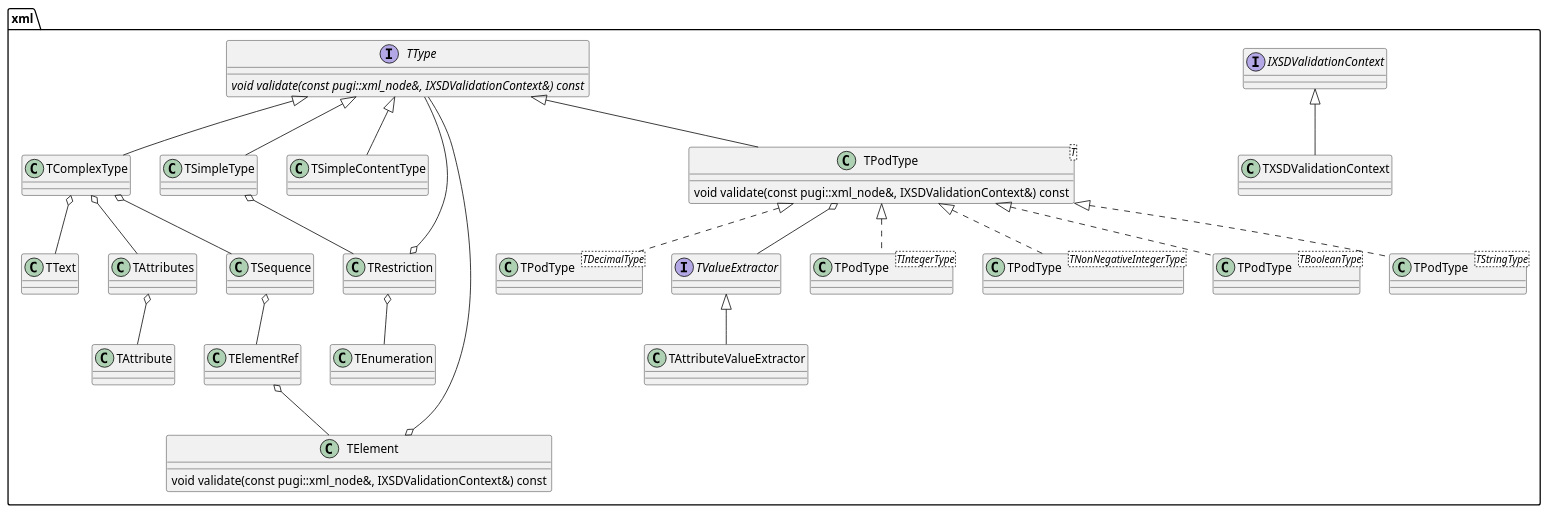
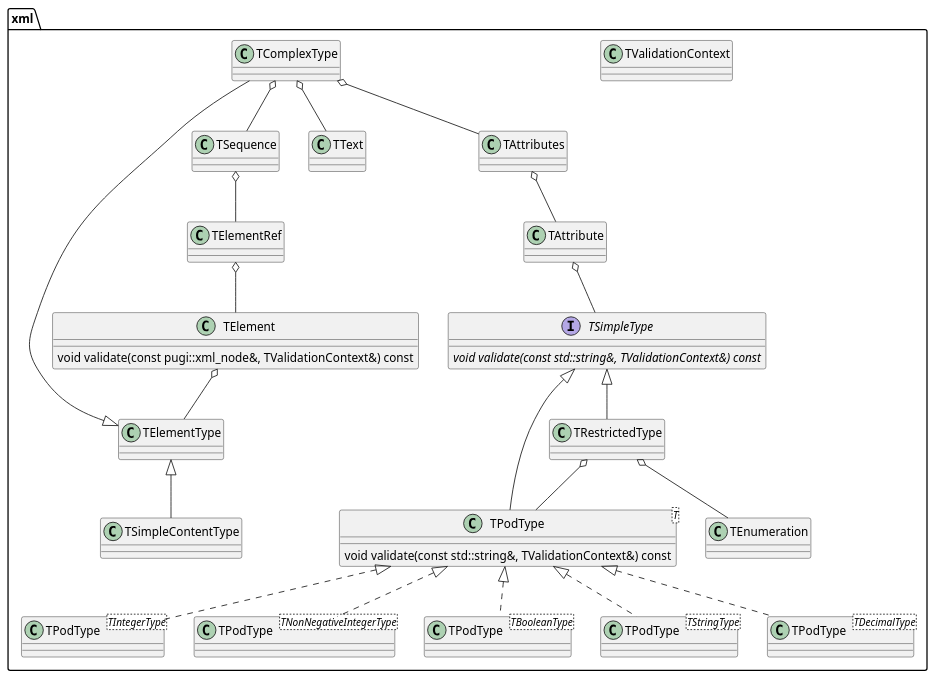
The diagram in design/validator.puml (BearinxSimulationSuite/REXSapi), drawn with PlantUML before and after one commit. The commit also changed 2 other files, not shown here.

```diff
--- a/design/validator.puml
+++ b/design/validator.puml
@@ -1,82 +1,72 @@
 @startuml Schema Validator
 
 namespace xml {
 
-interface IXSDValidationContext
+class TValidationContext
 
-class TXSDValidationContext
 
-IXSDValidationContext <|-- TXSDValidationContext
-
-interface TType {
-  {abstract} void validate(const pugi::xml_node&, IXSDValidationContext&) const
+interface TSimpleType {
+  {abstract} void validate(const std::string&, TValidationContext&) const
 }
 
+
 class TPodType<T> {
-  void validate(const pugi::xml_node&, IXSDValidationContext&) const
+  void validate(const std::string&, TValidationContext&) const
 }
-
-interface TValueExtractor
-
-TPodType o-- TValueExtractor
-
-class TAttributeValueExtractor
-
-TValueExtractor <|-- TAttributeValueExtractor
 
 class "TPodType<TIntegerType>" as ATIntegerType
 class "TPodType<TNonNegativeIntegerType>" as ATNonNegativeIntegerType
 class "TPodType<TBooleanType>" as ATBooleanType
 class "TPodType<TStringType>" as ATStringType
 class "TPodType<TDecimalType>" as ATDecimalType
 
+TSimpleType <|-- TPodType
 TPodType <|.. ATIntegerType
 TPodType <|.. ATNonNegativeIntegerType
 TPodType <|.. ATBooleanType
 TPodType <|.. ATStringType
 TPodType <|.. ATDecimalType
 
-class TSimpleType
+class TElementType
 class TComplexType
 class TSimpleContentType
 
-TType <|-- TPodType
-TType <|-- TSimpleType
-TType <|-- TComplexType
-TType <|-- TSimpleContentType
+TElementType <|-- TComplexType
+TElementType <|-- TSimpleContentType
 
 class TAttribute
 class TSequence
 class TText
 class TAttributes
 
 TComplexType o-- TSequence
 TComplexType o-- TAttributes
 TComplexType o-- TText
 
+TAttribute o-- TSimpleType
 TAttributes o-- TAttribute
 
 class TElement {
-  void validate(const pugi::xml_node&, IXSDValidationContext&) const
+  void validate(const pugi::xml_node&, TValidationContext&) const
 }
 
-TElement o-- TType
+TElement o-- TElementType
 
 class TElementRef
 
 TElementRef o-- TElement
 
 TSequence o-- TElementRef
 
-class TRestriction
+class TRestrictedType
 
-TRestriction o-- TType
-TSimpleType o-- TRestriction
+TRestrictedType o-- TPodType
+TSimpleType <|-- TRestrictedType
 
 class TEnumeration
 
-TRestriction o-- TEnumeration
+TRestrictedType o-- TEnumeration
 
 }
 
 @enduml
```
